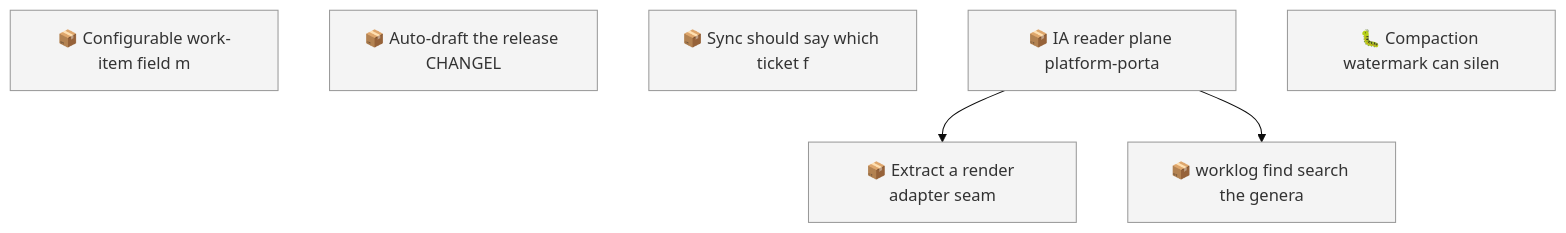
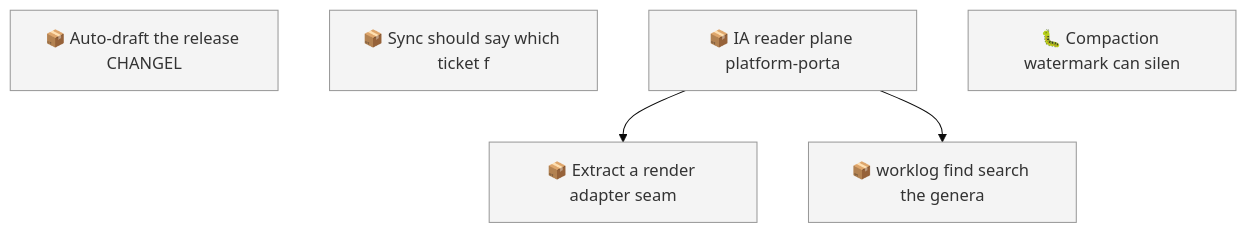
Before and after one commit to SpillwaveSolutions/wiki_ticket_sdd: the first of 2 diagrams in docs/roadmap.md, drawn with Mermaid (base theme). The commit also changed other lines of this file and 18 other files, not shown here.

````diff
--- a/docs/roadmap.md
+++ b/docs/roadmap.md
@@ -52,14 +51,13 @@
 ```mermaid
 graph TD
-    01KY5NE0ZYGBWG44N0KPEBFCZ8["📦 Configurable work-item field m"]
     01KYAC0AC01R4C6W7YY1X8NVRV["📦 Auto-draft the release CHANGEL"]
     01KYNHEVDSD4BTASXCTV88Q80Q["📦 Sync should say which ticket f"]
     01KYWGM3KPNQNSWV03FRG23ADB["📦 IA reader plane platform-porta"]
     01KYWGM3R13Q33YZ3PJA3V7QMD["📦 Extract a render adapter seam"]
     01KYWGM3W958F3QK4HB52X1Q1X["📦 worklog find search the genera"]
     01KYZ5CY9PS60BYH1E07DF5C9P["🐛 Compaction watermark can silen"]
     01KYWGM3KPNQNSWV03FRG23ADB --> 01KYWGM3R13Q33YZ3PJA3V7QMD
     01KYWGM3KPNQNSWV03FRG23ADB --> 01KYWGM3W958F3QK4HB52X1Q1X
     classDef todo fill:#f4f4f4,stroke:#999999
-    class 01KY5NE0ZYGBWG44N0KPEBFCZ8,01KYAC0AC01R4C6W7YY1X8NVRV,01KYNHEVDSD4BTASXCTV88Q80Q,01KYWGM3KPNQNSWV03FRG23ADB,01KYWGM3R13Q33YZ3PJA3V7QMD,01KYWGM3W958F3QK4HB52X1Q1X,01KYZ5CY9PS60BYH1E07DF5C9P todo
+    class 01KYAC0AC01R4C6W7YY1X8NVRV,01KYNHEVDSD4BTASXCTV88Q80Q,01KYWGM3KPNQNSWV03FRG23ADB,01KYWGM3R13Q33YZ3PJA3V7QMD,01KYWGM3W958F3QK4HB52X1Q1X,01KYZ5CY9PS60BYH1E07DF5C9P todo
 ```
````
